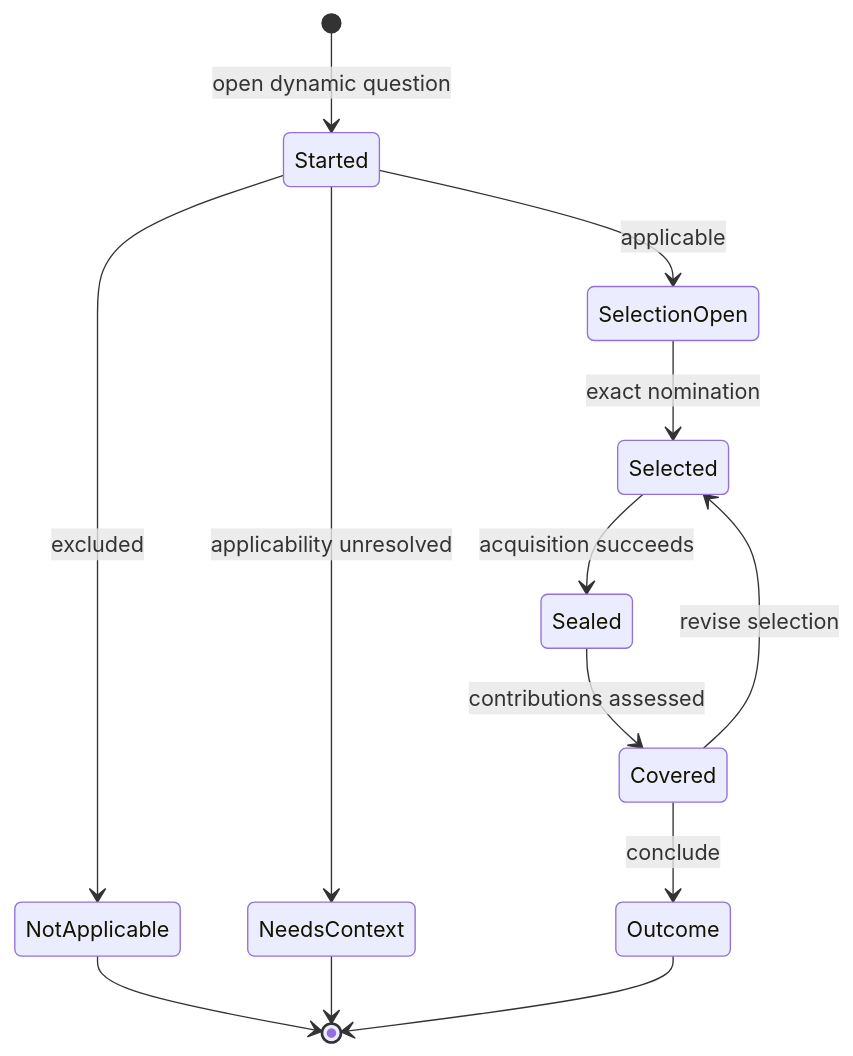
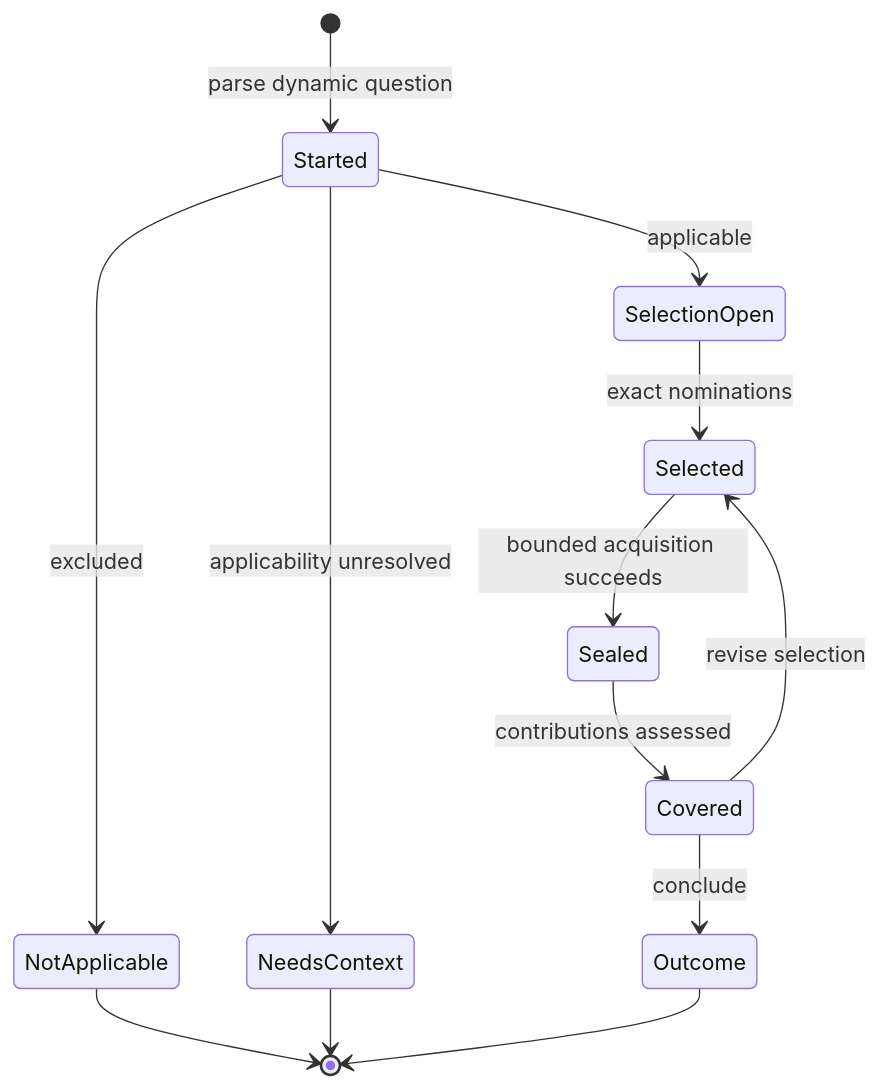
One commit to dev-hobin/agent changed the third of 4 diagrams in packages/judgment/docs/runtime-flow.md. Above: the diagram before and after it, drawn with Mermaid. The commit also changed other lines of this file and 24 other files, not shown here.

````diff
--- a/packages/judgment/docs/runtime-flow.md
+++ b/packages/judgment/docs/runtime-flow.md
@@ -24,15 +44,15 @@
 ```mermaid
 stateDiagram-v2
-  [*] --> Started: open dynamic question
+  [*] --> Started: parse dynamic question
   Started --> SelectionOpen: applicable
   Started --> NotApplicable: excluded
   Started --> NeedsContext: applicability unresolved
-  SelectionOpen --> Selected: exact nomination
-  Selected --> Sealed: acquisition succeeds
+  SelectionOpen --> Selected: exact nominations
+  Selected --> Sealed: bounded acquisition succeeds
   Sealed --> Covered: contributions assessed
   Covered --> Outcome: conclude
   Covered --> Selected: revise selection
   NotApplicable --> [*]
   NeedsContext --> [*]
   Outcome --> [*]
 ```
````
